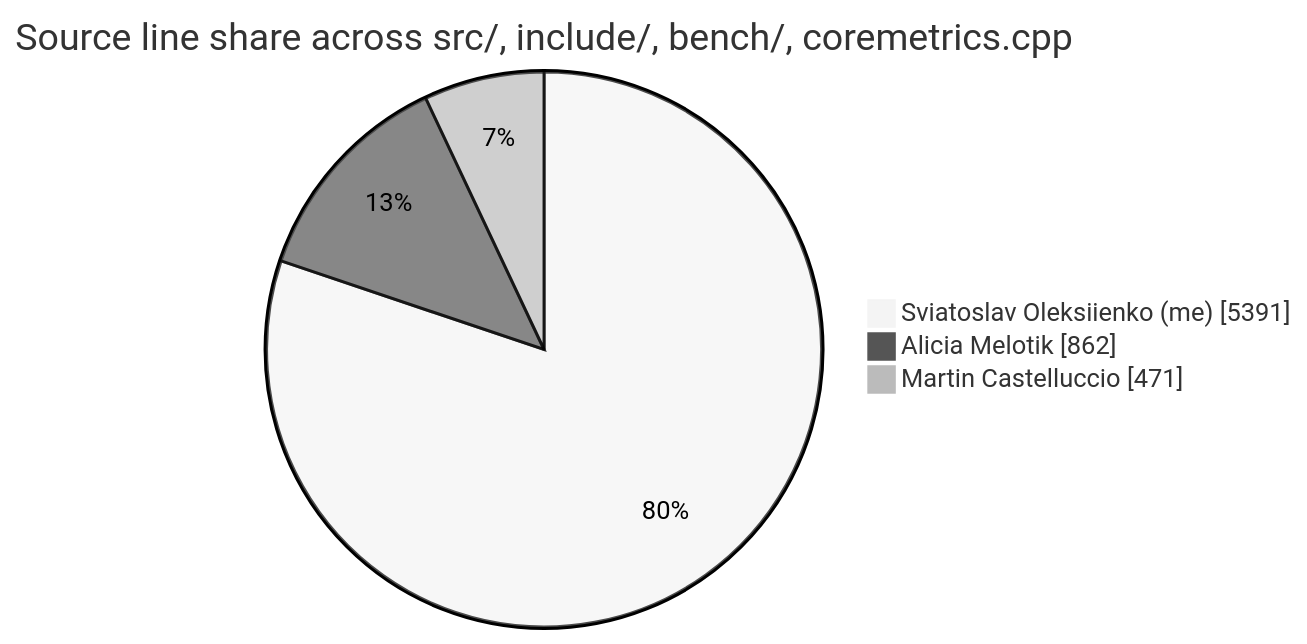
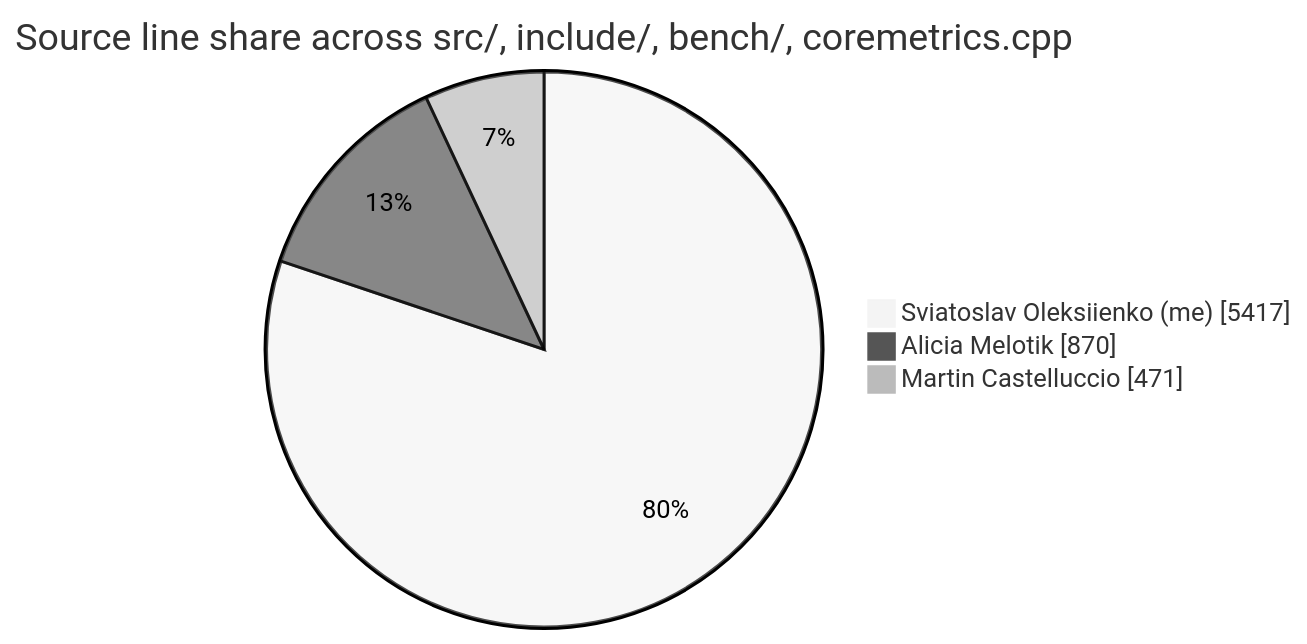
The second of 2 diagrams in README.md (sviatil0/coremetrics), drawn with Mermaid (neutral theme) before and after one commit. The commit also changed other lines of this file and 2 other files, not shown here.

Commit message:
chore(contribution): refresh badge and per-author breakdown from git blame

````diff
--- a/README.md
+++ b/README.md
@@ -350,7 +350,7 @@
 ```mermaid
 pie showData
     title Source line share across src/, include/, bench/, coremetrics.cpp
-    "Sviatoslav Oleksiienko (me)" : 5391
-    "Alicia Melotik" : 862
+    "Sviatoslav Oleksiienko (me)" : 5417
+    "Alicia Melotik" : 870
     "Martin Castelluccio" : 471
 ```
````
